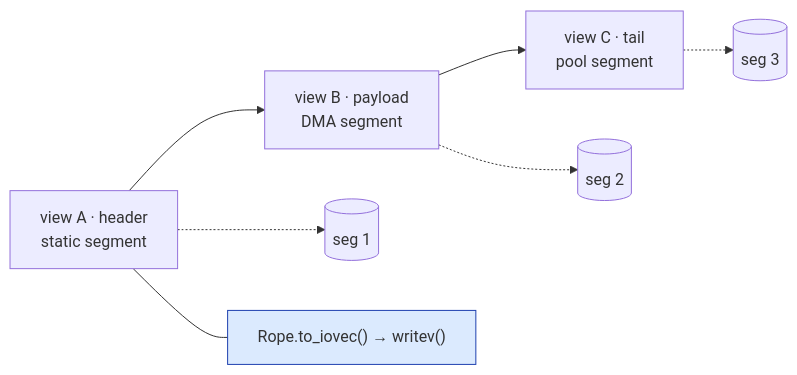
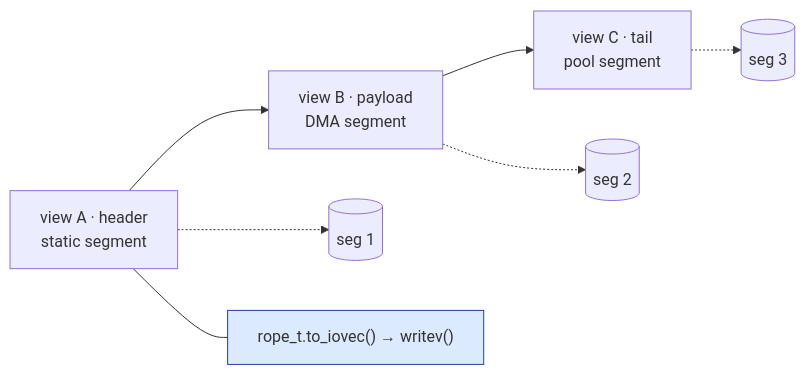
Before and after one commit to avatarsd-llc/libtracer: the diagram in docs/modules/views.md, drawn with Mermaid. The commit also changed other lines of this file and 64 other files, not shown here.

````diff
--- a/docs/modules/views.md
+++ b/docs/modules/views.md
@@ -48,10 +51,10 @@
 ```{mermaid}
 flowchart LR
     H["view A · header<br/>static segment"] --> P["view B · payload<br/>DMA segment"] --> T["view C · tail<br/>pool segment"]
     H -.-> S1[(seg 1)]
     P -.-> S2[(seg 2)]
     T -.-> S3[(seg 3)]
-    R["Rope.to_iovec() → writev()"]:::e
+    R["rope_t.to_iovec() → writev()"]:::e
     H --- R
     classDef e fill:#dbeafe,stroke:#1e40af;
 ```
````
